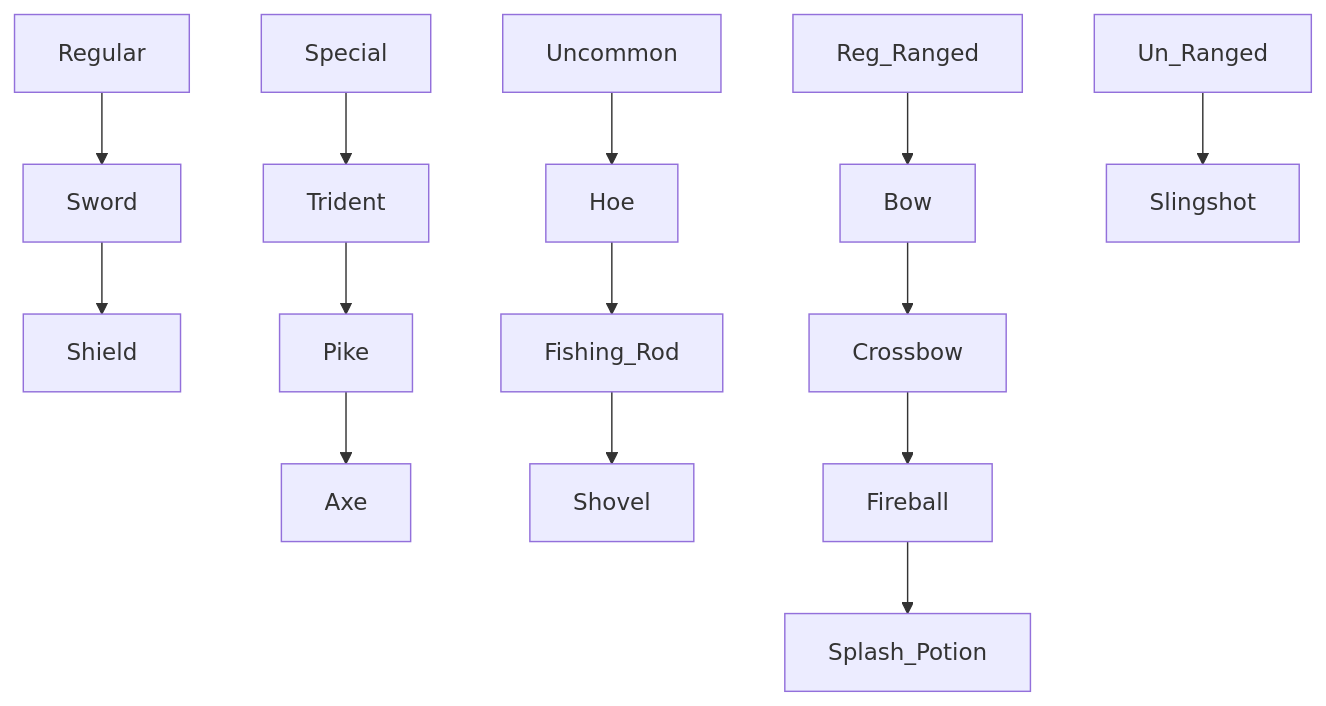
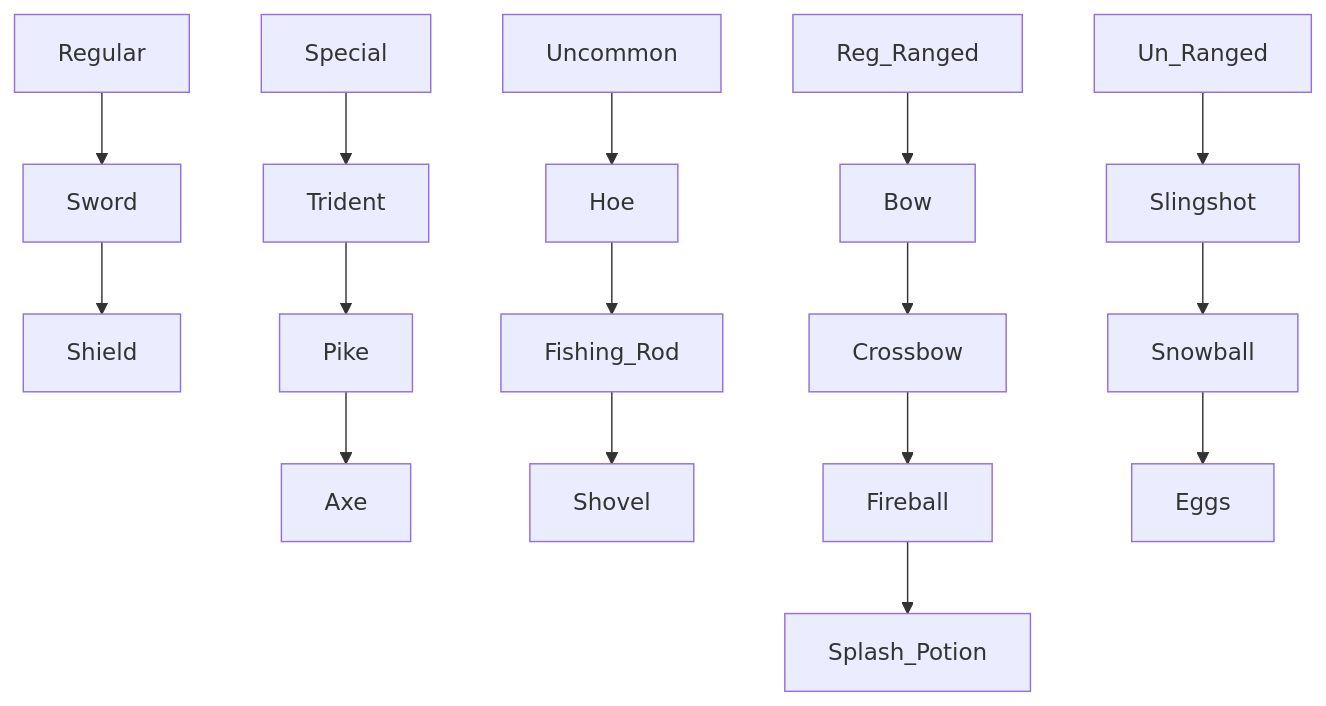
One commit to ColziandKing/RSCUniverse changed the diagram in Production☪️.md. Above: the diagram before and after it, drawn with Mermaid.

````diff
--- a/Production☪️.md
+++ b/Production☪️.md
@@ -17,16 +17,18 @@
 ```mermaid
 graph TD;
     Regular-->Sword;
     Sword-->Shield;
     Special-->Trident;
     Trident-->Pike;
     Pike-->Axe;
     Uncommon-->Hoe;
     Hoe-->Fishing_Rod;
     Fishing_Rod-->Shovel;
     Reg_Ranged-->Bow;
     Bow-->Crossbow;
     Crossbow-->Fireball;
     Fireball-->Splash_Potion;
     Un_Ranged-->Slingshot;
+    Slingshot-->Snowball;
+    Snowball-->Eggs;
 ```
````
